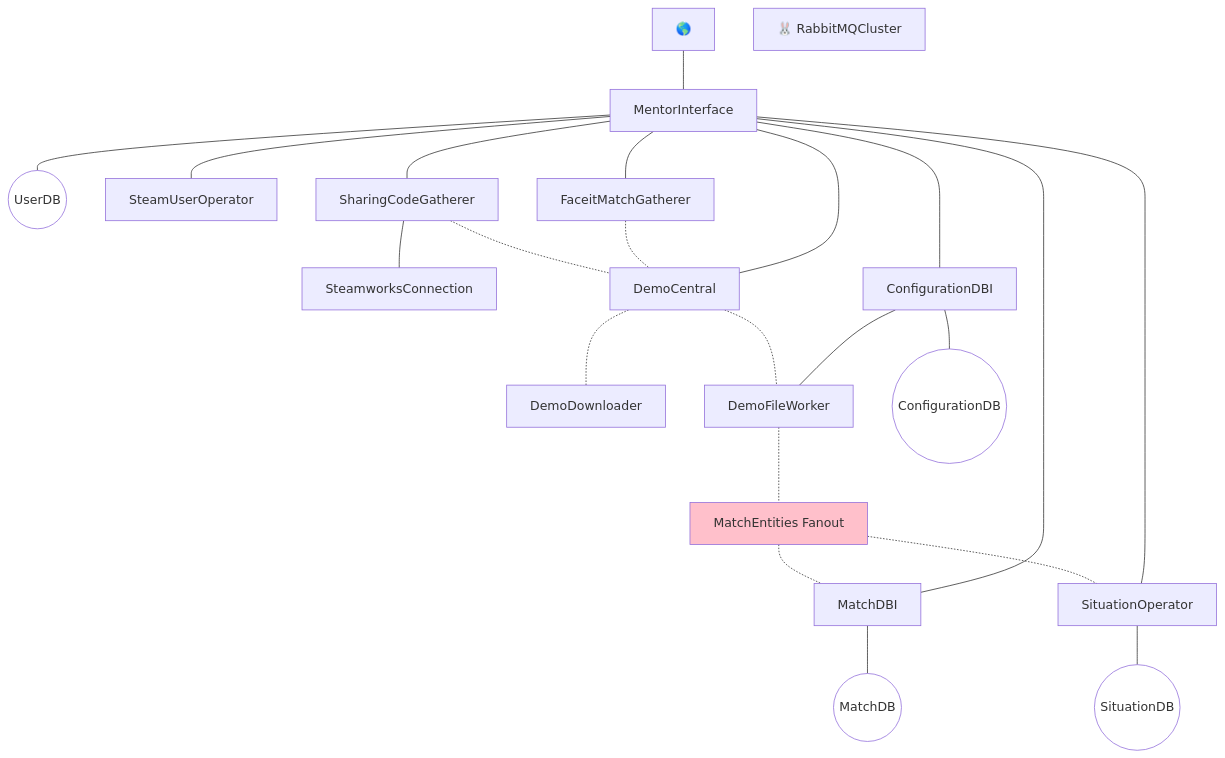
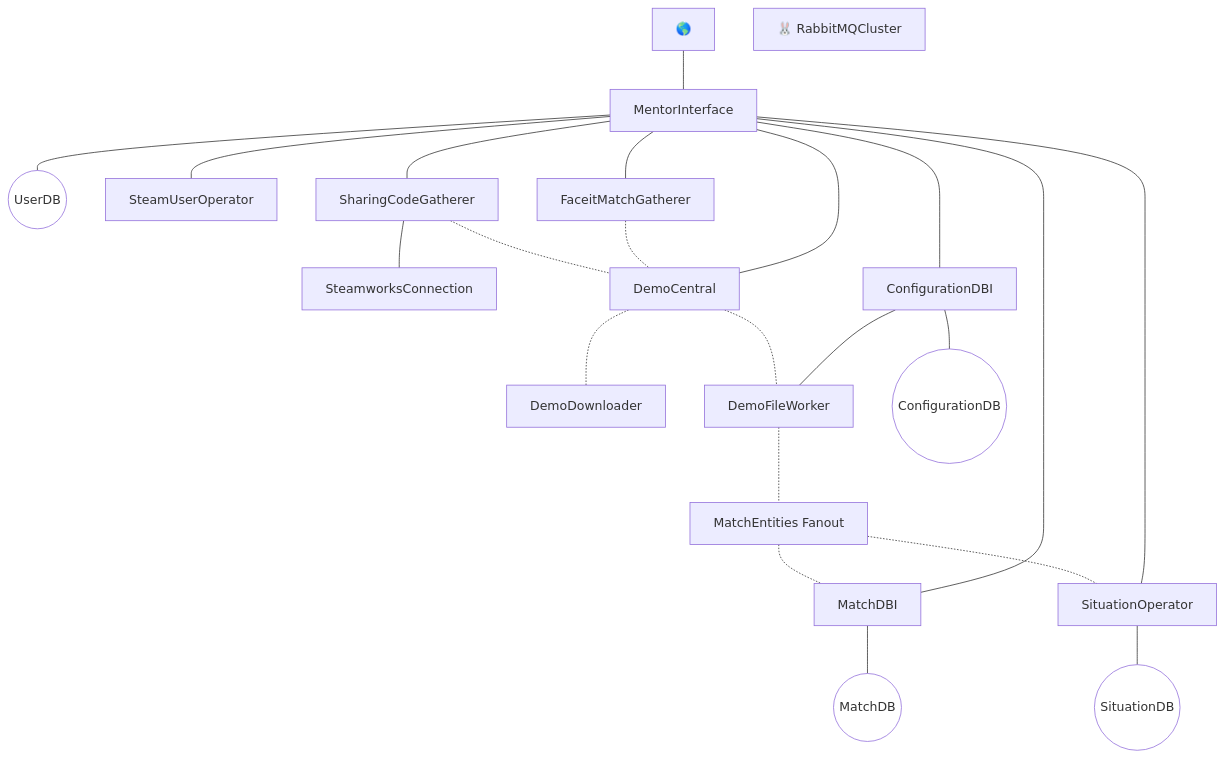
Before and after one commit to KieronKretschmar/MentorGG_Overview: the diagram in README.md, drawn with Mermaid.

````diff
--- a/README.md
+++ b/README.md
@@ -33,54 +33,55 @@
 ```mermaid
 graph TD;
     I["🌎"] --- MI
     MI --- UDB((UserDB));
     
     MI --- SUO[SteamUserOperator];
     
     MI --- SCO[SharingCodeGatherer];
     SCO --- SWC[SteamworksConnection];
     SCO -.- DC;
     
     MI --- FG[FaceitMatchGatherer];
     FG -.- DC;
     
     
     MI --- CDBI[ConfigurationDBI];
     
     MI[MentorInterface] --- DC[DemoCentral];
     DC -.- DD[DemoDownloader];
     DC -.- DFW[DemoFileWorker];
-    DFW -.- RFO["MatchEntities Fanout"];
-    RFO -.- MDBI;
-    RFO -.- SO;
+    DFW -.- MEF["MatchEntities Fanout"];
+    MEF -.- MDBI;
+    MEF -.- SO;
     
     CDBI --- DFW;
 
     CDBI --- CDB((ConfigurationDB));
     MI --- MDBI[MatchDBI];
     MI --- SO[SituationOperator];
     SO --- SDB((SituationDB));
     MDBI --- MDB((MatchDB));
 
     RC["🐰 RabbitMQCluster"];
 
     classDef db fill:white;
     classDef queue fill:pink;
     class RFO queue;
     class UDB,SUDB,CDB,SDB,MDB db;
 
     click MI,UDB "https://gitlab.com/mentorgg/engine/mentor-interface";
     click SUO "https://gitlab.com/mentorgg/engine/steamuserprojects";
     click SCO,SWC "https://gitlab.com/mentorgg/csgo/sharingcodeprojects";
     click CDBI,CDB "https://gitlab.com/mentorgg/csgo/configurationdbi";
     click DC "https://gitlab.com/mentorgg/csgo/democentral";
     click FG "https://gitlab.com/mentorgg/csgo/faceitmatchgatherer";
     click DFW "https://gitlab.com/mentorgg/csgo/demofileworker";
     click DD "https://gitlab.com/mentorgg/csgo/demodownloader";
     click MDBI,MDB "https://gitlab.com/mentorgg/csgo/matchdbi";
-    click RC,RFO "https://gitlab.com/mentorgg/engine/rabbitmqcluster";
-    click SO,SDB "https://gitlab.com/mentorgg/csgo/situationsoperator"
+    click RC "https://gitlab.com/mentorgg/engine/rabbitmqcluster";
+    click MEF "https://gitlab.com/mentorgg/csgo/matchentities";
+    click SO,SDB "https://gitlab.com/mentorgg/csgo/situationsoperator";
 
 
     
 ```
````
